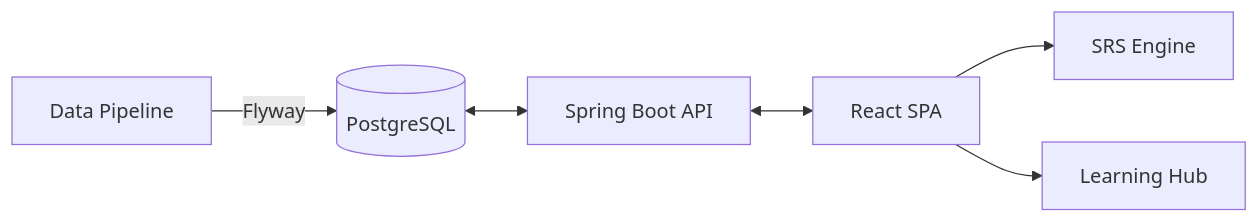
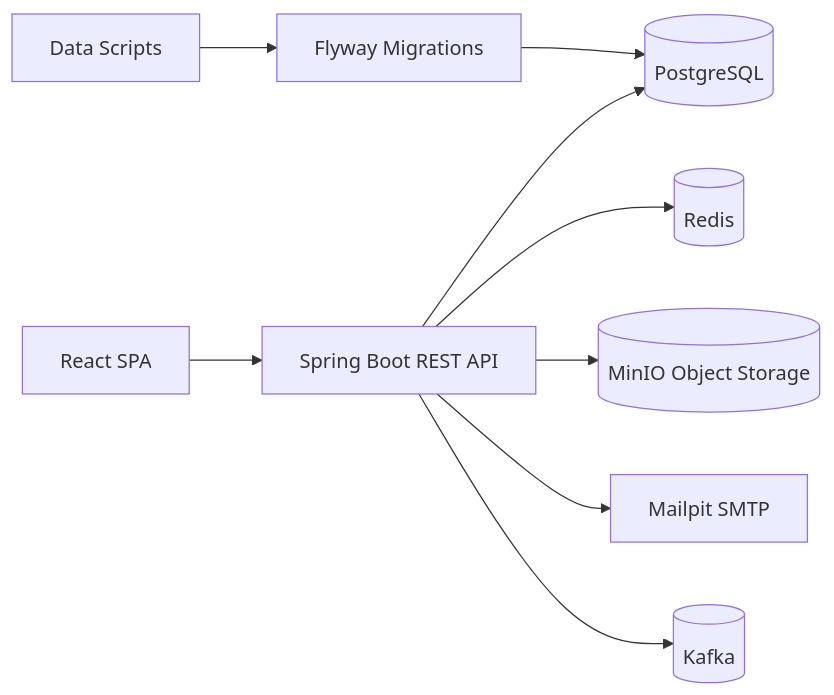
Before and after one commit to Minhcanfly/BestProject: the diagram in README.md, drawn with Mermaid. The commit also changed other lines of this file and 2 other files, not shown here.

````diff
--- a/README.md
+++ b/README.md
@@ -43,8 +87,11 @@
 ```mermaid
-graph LR
-    A[Data Pipeline] -->|Flyway| B[(PostgreSQL)]
-    B <--> C[Spring Boot API]
-    C <--> D[React SPA]
-    D --> E[SRS Engine]
-    D --> F[Learning Hub]
+flowchart LR
+    FE[React SPA] --> API[Spring Boot REST API]
+    API --> DB[(PostgreSQL)]
+    API --> REDIS[(Redis)]
+    API --> MINIO[(MinIO Object Storage)]
+    API --> MAIL[Mailpit SMTP]
+    API --> KAFKA[(Kafka)]
+    DATA[Data Scripts] --> FLYWAY[Flyway Migrations]
+    FLYWAY --> DB
 ```
````
